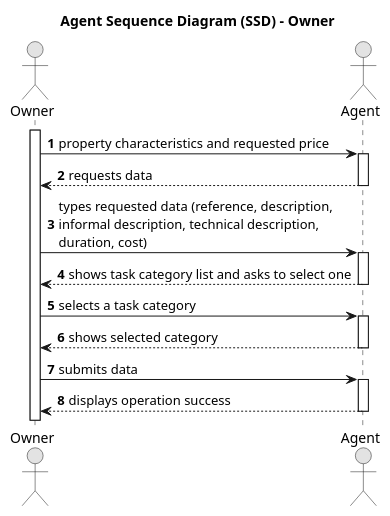
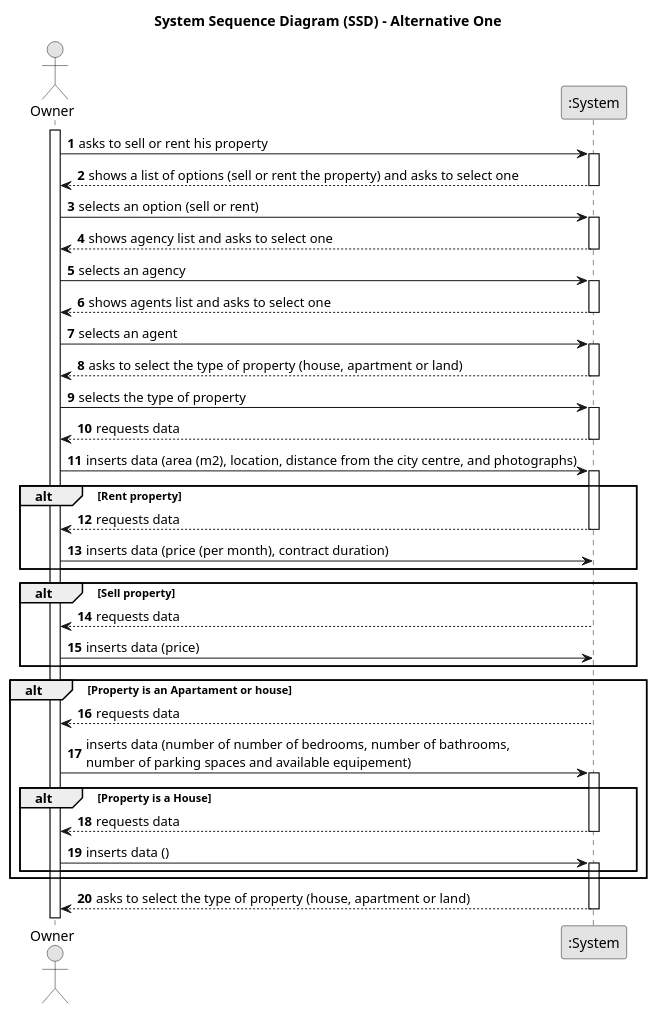
Before and after one commit to 1220812/LAPR2: the diagram in docs/sprintA/us004/01.requirements-engineering/puml/us004-system-sequence-diagram.puml, drawn with PlantUML. The commit also changed 4 other files, not shown here.

```diff
--- a/docs/sprintA/us004/01.requirements-engineering/puml/us004-system-sequence-diagram.puml
+++ b/docs/sprintA/us004/01.requirements-engineering/puml/us004-system-sequence-diagram.puml
@@ -1,39 +1,86 @@
 @startuml
 skinparam monochrome true
 skinparam packageStyle rectangle
 skinparam shadowing false
 
-title Agent Sequence Diagram (SSD) - Owner
+title System Sequence Diagram (SSD) - Alternative One
 
 autonumber
 
 actor "Owner" as Owner
-actor "Agent" as Agent
+participant ":System" as System
 
 activate Owner
 
-    Owner -> Agent : property characteristics and requested price
-    activate Agent
+    Owner -> System : asks to sell or rent his property
+    activate System
 
-        Agent --> Owner : requests data
-    deactivate Agent
+        System --> Owner : shows a list of options (sell or rent the property) and asks to select one
+    deactivate System
 
-    Owner -> Agent : types requested data (reference, description, \ninformal description, technical description,\nduration, cost)
-    activate Agent
+    Owner -> System : selects an option (sell or rent)
+    activate System
 
-        Agent --> Owner : shows task category list and asks to select one
-    deactivate Agent
+        System --> Owner : shows agency list and asks to select one
+    deactivate System
 
-    Owner -> Agent : selects a task category
-    activate Agent
+    Owner -> System : selects an agency
+    activate System
 
-        Agent --> Owner : shows selected category
-    deactivate Agent
+        System --> Owner : shows agents list and asks to select one
+    deactivate System
 
-    Owner -> Agent : submits data
-    activate Agent
+    Owner -> System : selects an agent
+    activate System
 
-        Agent --> Owner : displays operation success
-    deactivate Agent
+        System --> Owner : asks to select the type of property (house, apartment or land)
+    deactivate System
+    Owner -> System : selects the type of property
+        activate System
+
+        System --> Owner : requests data
+
+    deactivate System
+    Owner -> System : inserts data (area (m2), location, distance from the city centre, and photographs)
+    alt Rent property
+    activate System
+
+         System --> Owner : requests data
+
+    deactivate System
+
+        Owner -> System : inserts data (price (per month), contract duration)
+
+      end
+
+        activate System
+ alt Sell property
+            System --> Owner : requests data
+        deactivate System
+
+        Owner -> System : inserts data (price)
+        end
+        alt Property is an Apartament or house
+
+                System --> Owner : requests data
+            deactivate System
+
+            Owner -> System : inserts data (number of number of bedrooms, number of bathrooms, \nnumber of parking spaces and available equipement)
+            activate System
+            alt Property is a House
+               System --> Owner : requests data
+                        deactivate System
+
+                        Owner -> System : inserts data ()
+                        activate System
+          end
+
+
+
+        end
+        activate System
+
+            System --> Owner : asks to select the type of property (house, apartment or land)
+        deactivate System
 
 @enduml
```
